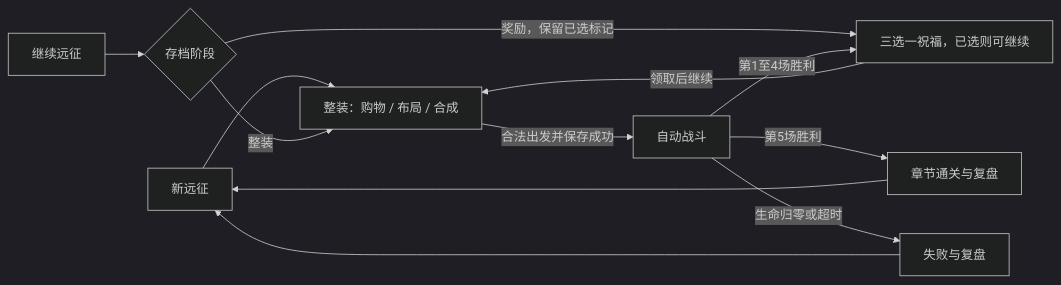
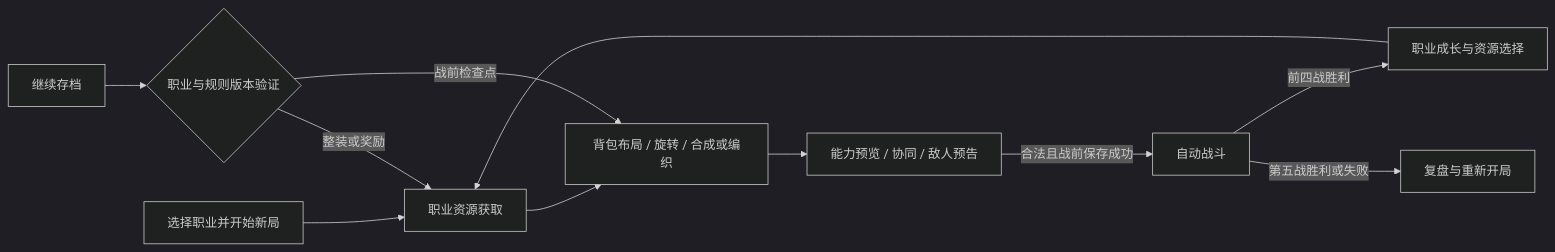
Before and after one commit to zhanghang211202/godot-ai-agent-demo: the diagram in docs/requirements.md, drawn with Mermaid (dark theme). The commit also changed other lines of this file and 10 other files, not shown here.

````diff
--- a/docs/requirements.md
+++ b/docs/requirements.md
@@ -81,14 +23,13 @@
 ```mermaid
 flowchart LR
-    Start[新远征] --> Prep[整装：购物 / 布局 / 合成]
-    Load[继续远征] --> Restore{存档阶段}
-    Restore -->|整装| Prep
-    Restore -->|奖励，保留已选标记| Reward
-    Prep -->|合法出发并保存成功| Battle[自动战斗]
-    Battle -->|第1至4场胜利| Reward[三选一祝福，已选则可继续]
-    Reward -->|领取后继续| Prep
-    Battle -->|第5场胜利| Won[章节通关与复盘]
-    Battle -->|生命归零或超时| Lost[失败与复盘]
-    Won --> Start
-    Lost --> Start
+    Select[选择职业并开始新局] --> Acquire[职业资源获取]
+    Acquire --> Prep[背包布局 / 旋转 / 合成或编织]
+    Prep --> Preview[能力预览 / 协同 / 敌人预告]
+    Preview -->|合法且战前保存成功| Battle[自动战斗]
+    Battle -->|前四战胜利| Reward[职业成长与资源选择]
+    Reward --> Acquire
+    Battle -->|第五战胜利或失败| Result[复盘与重新开局]
+    Continue[继续存档] --> Restore{职业与规则版本验证}
+    Restore -->|整装或奖励| Acquire
+    Restore -->|战前检查点| Prep
 ```
````
